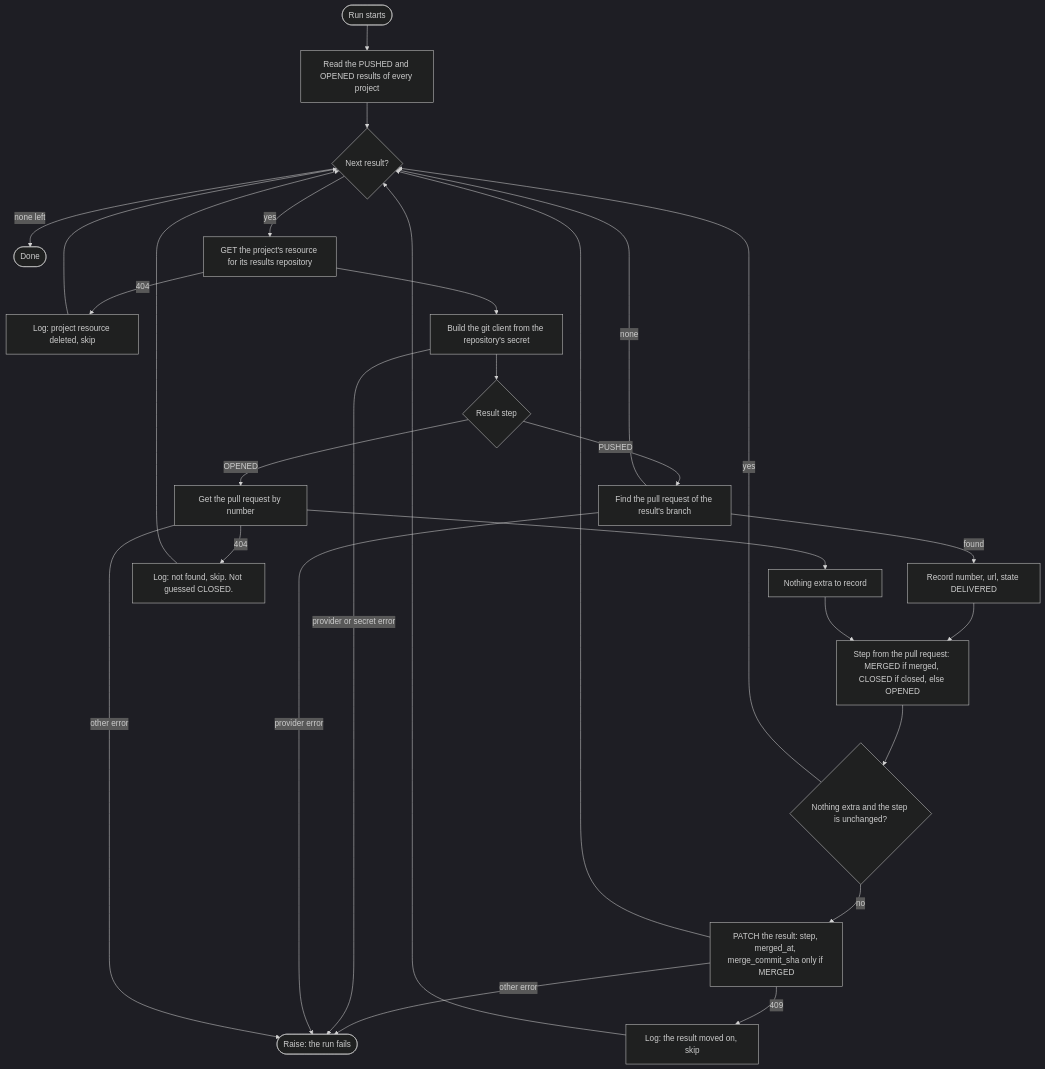
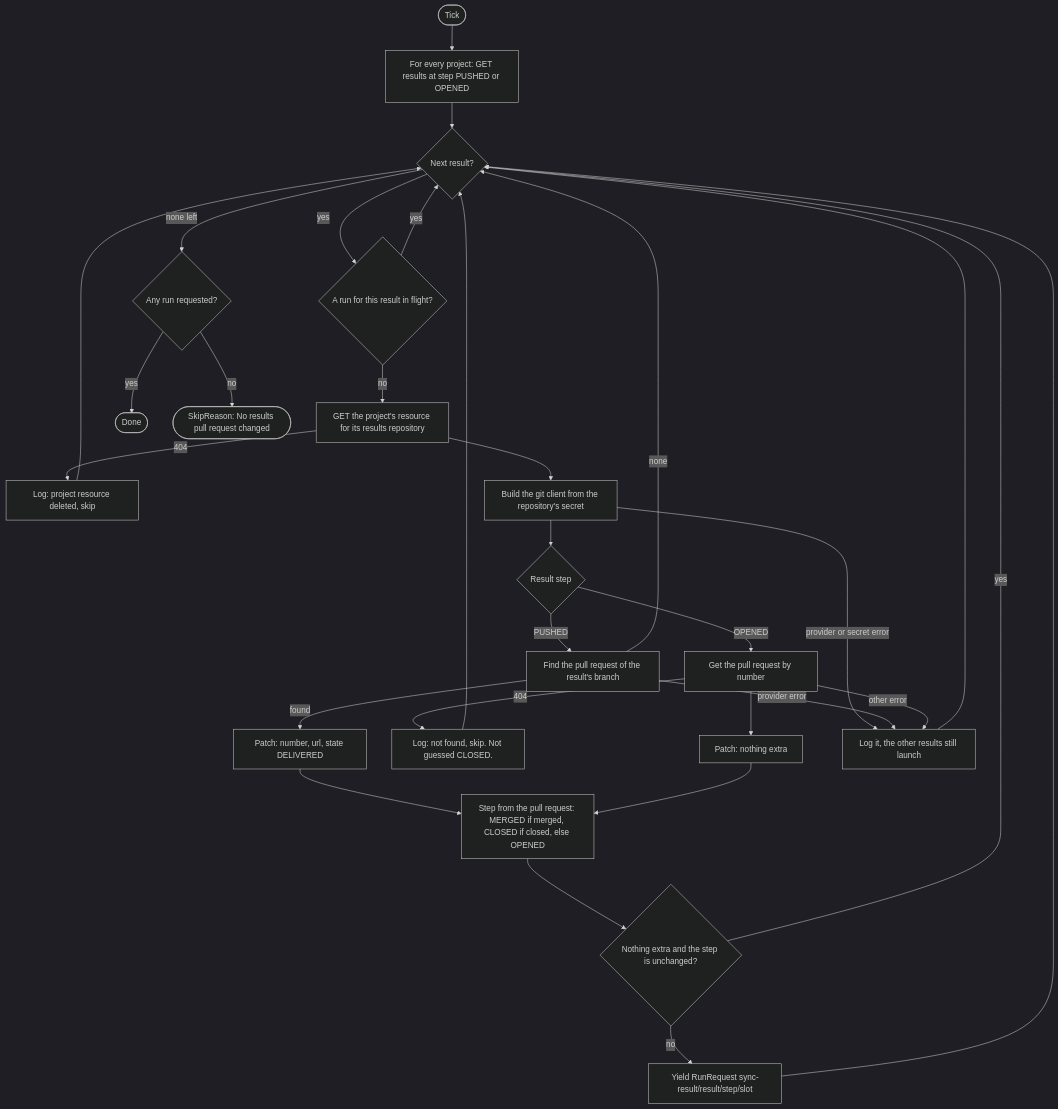
Before and after one commit to Aridhia-Open-Source/PHEMS_federated_node: the first of 2 diagrams in docs/architecture/sensors/results-pr-sync.md, drawn with Mermaid (dark theme). The commit also changed other lines of this file and 9 other files, not shown here.

First line of the commit message:
Results PR sync: launch a run only when a results pull request changed

````diff
--- a/docs/architecture/sensors/results-pr-sync.md
+++ b/docs/architecture/sensors/results-pr-sync.md
@@ -42,30 +32,32 @@
 ```mermaid
 flowchart TD
-    A(["Run starts"]) --> B["Read the PUSHED and OPENED results of every project"]
+    A([Tick]) --> B["For every project: GET results at step PUSHED or OPENED"]
     B --> C{"Next result?"}
-    C -->|"none left"| Y([Done])
-    C -->|yes| D["GET the project's resource for its results repository"]
-    D -->|404| E["Log: project resource deleted, skip"]
-    E --> C
+    C -->|"none left"| Z{"Any run requested?"}
+    C -->|yes| E{"A run for this result in flight?"}
+    E -->|yes| C
+    E -->|no| D["GET the project's resource for its results repository"]
+    D -->|404| X["Log: project resource deleted, skip"]
+    X --> C
     D --> F["Build the git client from the repository's secret"]
     F --> G{"Result step"}
     G -->|PUSHED| H["Find the pull request of the result's branch"]
     H -->|none| C
-    H -->|found| I["Record number, url, state DELIVERED"]
+    H -->|found| I["Patch: number, url, state DELIVERED"]
     G -->|OPENED| J["Get the pull request by number"]
     J -->|404| K["Log: not found, skip. Not guessed CLOSED."]
     K --> C
-    J --> L["Nothing extra to record"]
+    J --> L["Patch: nothing extra"]
     I --> M["Step from the pull request: MERGED if merged, CLOSED if closed, else OPENED"]
     L --> M
     M --> N{"Nothing extra and the step is unchanged?"}
     N -->|yes| C
-    N -->|no| O["PATCH the result: step, merged_at, merge_commit_sha only if MERGED"]
-    O -->|409| P["Log: the result moved on, skip"]
-    P --> C
+    N -->|no| O["Yield RunRequest sync-result/result/step/slot"]
     O --> C
-    O -->|"other error"| Q(["Raise: the run fails"])
-    F -->|"provider or secret error"| Q
+    Z -->|yes| Y([Done])
+    Z -->|no| W(["SkipReason: No results pull request changed"])
+    F -->|"provider or secret error"| Q["Log it, the other results still launch"]
     H -->|"provider error"| Q
     J -->|"other error"| Q
+    Q --> C
 ```
````
